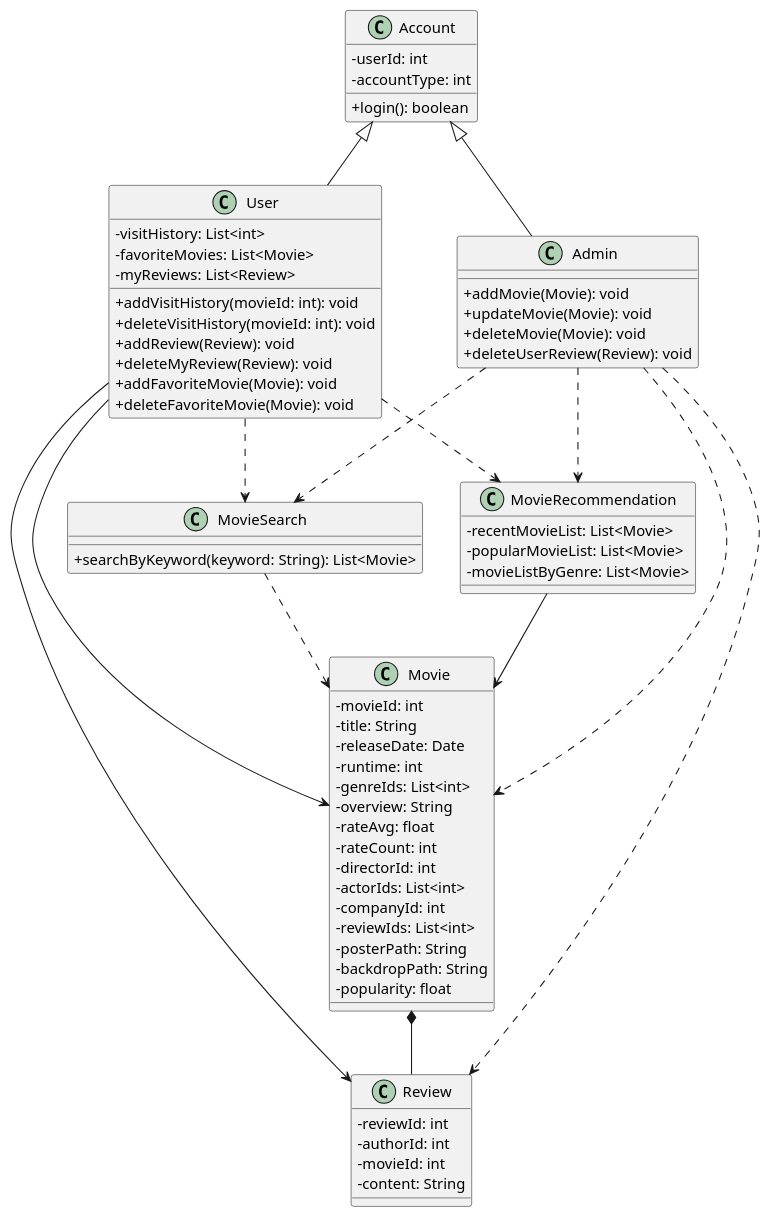
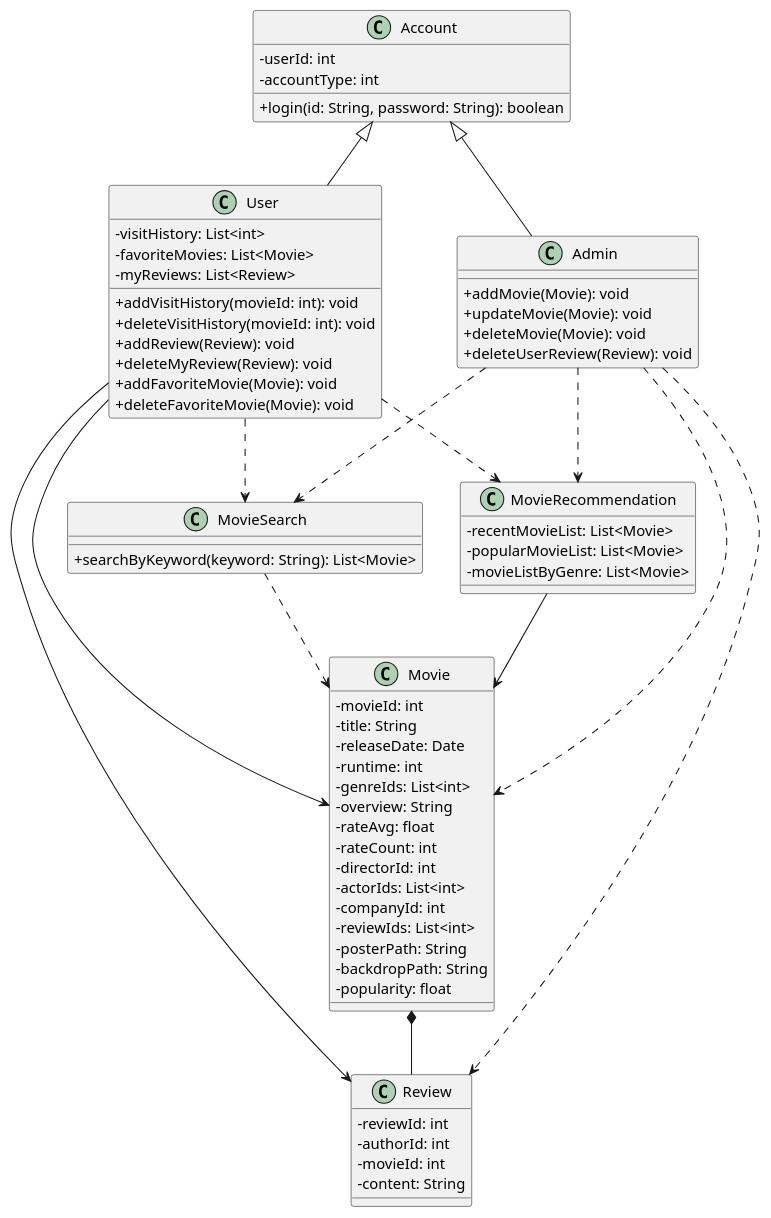
The diagram in src/class.puml (marmot8080/SWE), drawn with PlantUML before and after one commit.

Commit message:
Update class diagram

```diff
--- a/src/class.puml
+++ b/src/class.puml
@@ -1,86 +1,86 @@
 @startuml
 
 skinparam classAttributeIconSize 0
 
 class Account {
     - userId: int
     - accountType: int
 
-    + login(): boolean
+    + login(id: String, password: String): boolean
 }
 
 class User {
     - visitHistory: List<int>
     - favoriteMovies: List<Movie>
     - myReviews: List<Review>
 
     + addVisitHistory(movieId: int): void
     + deleteVisitHistory(movieId: int): void
     + addReview(Review): void
     + deleteMyReview(Review): void
     + addFavoriteMovie(Movie): void
     + deleteFavoriteMovie(Movie): void
 }
 
 class Admin {
     + addMovie(Movie): void
     + updateMovie(Movie): void
     + deleteMovie(Movie): void
     + deleteUserReview(Review): void
 }
 
 class Review {
     - reviewId: int
     - authorId: int
     - movieId: int
     - content: String
 }
 
 class Movie {
     - movieId: int
     - title: String
     - releaseDate: Date
     - runtime: int
     - genreIds: List<int>
     - overview: String
     - rateAvg: float
     - rateCount: int
     - directorId: int
     - actorIds: List<int>
     - companyId: int
     - reviewIds: List<int>
     - posterPath: String
     - backdropPath: String
     - popularity: float
 }
 
 class MovieSearch {
     + searchByKeyword(keyword: String): List<Movie>
 }
 
 class MovieRecommendation {
     - recentMovieList: List<Movie>
     - popularMovieList: List<Movie>
     - movieListByGenre: List<Movie>
 }
 
 Account ^-- User
 Account ^-- Admin
 
 User --> Movie
 User --> Review
 User ..> MovieRecommendation
 User ..> MovieSearch
 
 Admin ..> Movie
 Admin ..> Review
 Admin ..> MovieRecommendation
 Admin ..> MovieSearch
 
 Movie *-- Review
 
 MovieSearch ..> Movie
 
 MovieRecommendation --> Movie
 
 @enduml
```
